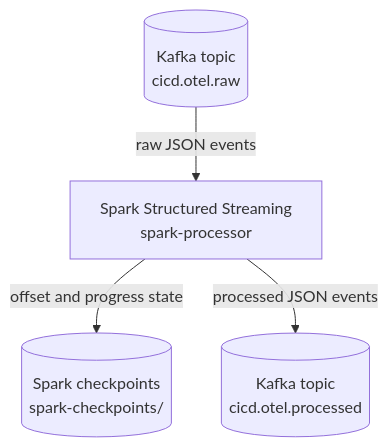
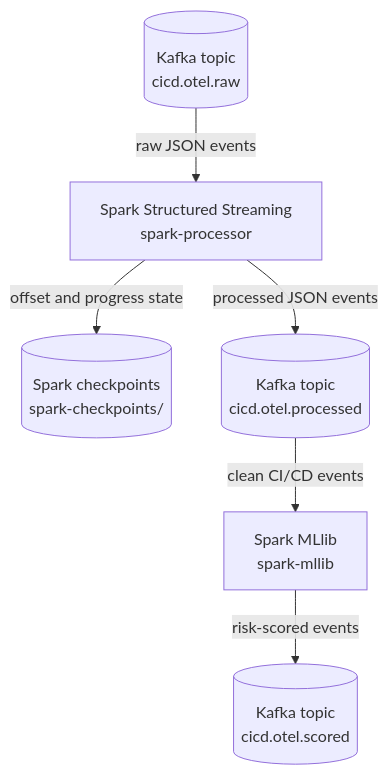
The diagram in docs/02-Processing_Spark_Structured_Streaming.md (Darakuu/CI-CD-Observability-Stream), drawn with Mermaid before and after one commit. The commit also changed other lines of this file and 2 other files, not shown here.

````diff
--- a/docs/02-Processing_Spark_Structured_Streaming.md
+++ b/docs/02-Processing_Spark_Structured_Streaming.md
@@ -5,11 +7,15 @@
 ```mermaid
 flowchart TD
     RawKafka[("Kafka topic\ncicd.otel.raw")]
     Spark["Spark Structured Streaming\nspark-processor"]
     Checkpoints[("Spark checkpoints\nspark-checkpoints/")]
     ProcessedKafka[("Kafka topic\ncicd.otel.processed")]
+    MLlib["Spark MLlib\nspark-mllib"]
+    ScoredKafka[("Kafka topic\ncicd.otel.scored")]
 
     RawKafka -->|"raw JSON events"| Spark
     Spark -->|"offset and progress state"| Checkpoints
     Spark -->|"processed JSON events"| ProcessedKafka
+    ProcessedKafka -->|"clean CI/CD events"| MLlib
+    MLlib -->|"risk-scored events"| ScoredKafka
 ```
````
